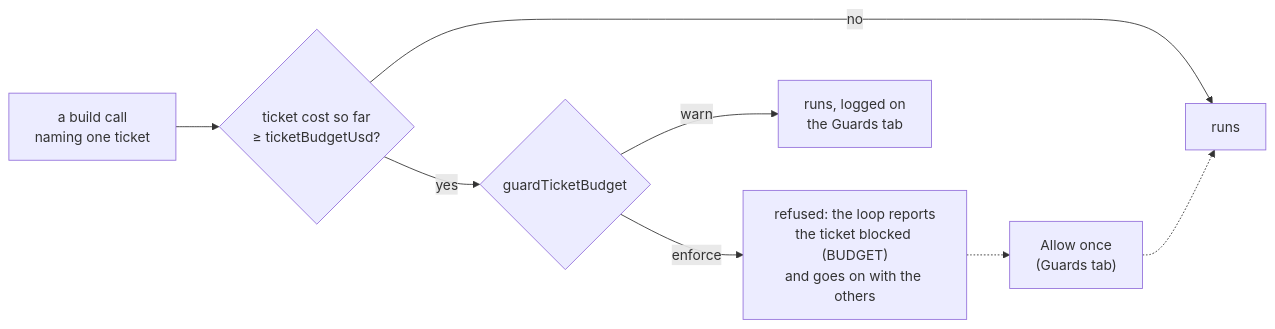
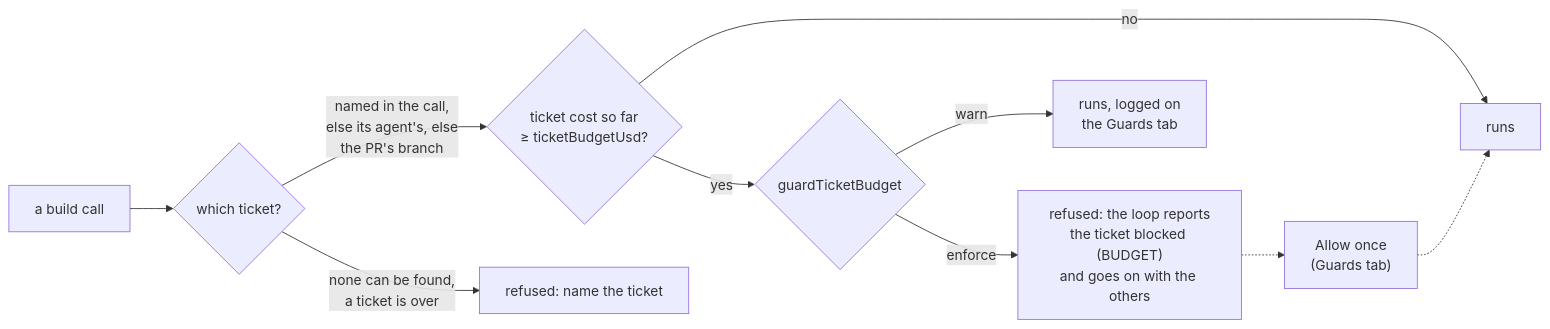
One commit to cedricfarinazzo/agile-skills changed the fifth of 6 diagrams in agile-mods/docs/guards.md. Above: the diagram before and after it, drawn with Mermaid. The commit also changed other lines of this file and 6 other files, not shown here.

First line of the commit message:
fix(mods): a build call that names no ticket cannot get past the ticket cap

````diff
--- a/agile-mods/docs/guards.md
+++ b/agile-mods/docs/guards.md
@@ -112,9 +112,11 @@
 ```mermaid
 flowchart LR
-  c["a build call<br/>naming one ticket"] --> k{"ticket cost so far<br/>≥ ticketBudgetUsd?"}
+  c["a build call"] --> t{"which ticket?"}
+  t -- "named in the call,<br/>else its agent's, else<br/>the PR's branch" --> k{"ticket cost so far<br/>≥ ticketBudgetUsd?"}
+  t -- "none can be found,<br/>a ticket is over" --> r2["refused: name the ticket"]
   k -- no --> go["runs"]
   k -- yes --> m{"guardTicketBudget"}
   m -- enforce --> r["refused: the loop reports<br/>the ticket blocked (BUDGET)<br/>and goes on with the others"]
   m -- warn --> w["runs, logged on<br/>the Guards tab"]
   r -.-> a["Allow once<br/>(Guards tab)"] -.-> go
 ```
````
